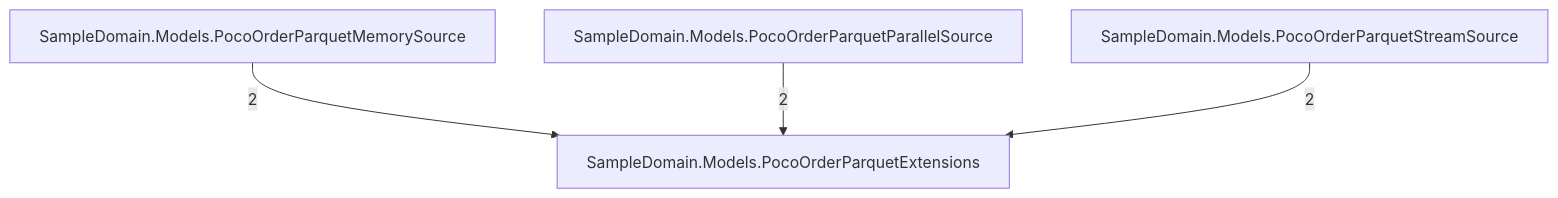
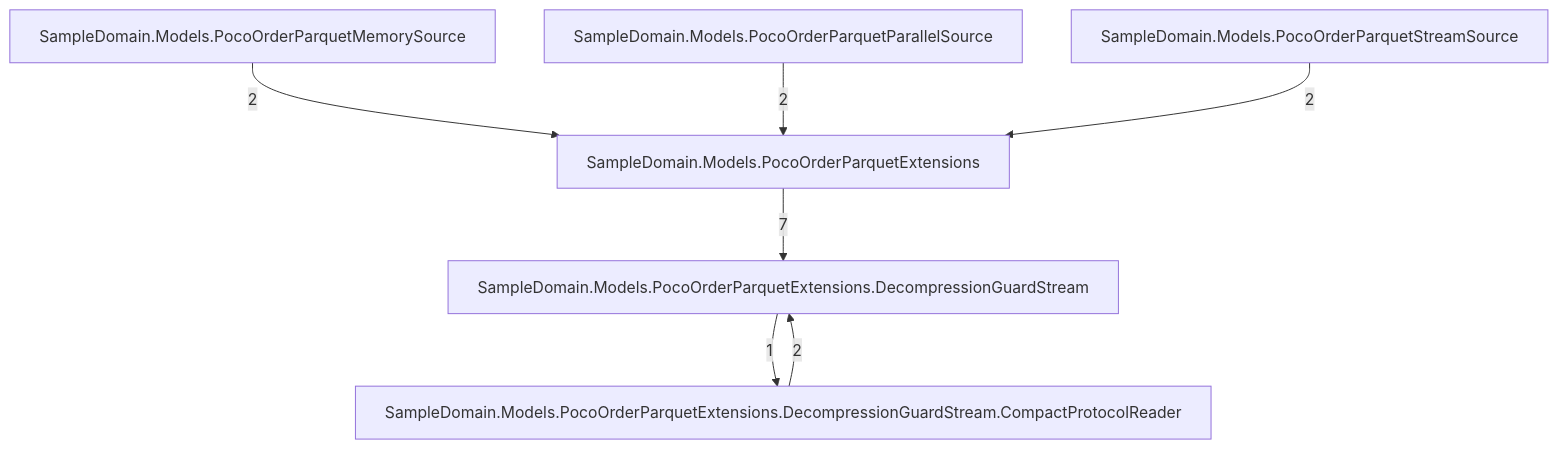
One commit to rtkelly13/Parquet.SourceGenerator changed the fifth of 7 diagrams in docs/callgraph-generated.md. Above: the diagram before and after it, drawn with Mermaid. The commit also changed other lines of this file and 11 other files, not shown here.

Commit message:
fix(safety): preserve structural gates for decompression guard

````diff
--- a/docs/callgraph-generated.md
+++ b/docs/callgraph-generated.md
@@ -60,10 +80,15 @@
 ```mermaid
 graph TD
     tsampledomainmodelspocoorderparquetextensions_046["SampleDomain.Models.PocoOrderParquetExtensions"]
+    tsampledomainmodelspocoorderparquetextensionsdecompressionguardstream_071["SampleDomain.Models.PocoOrderParquetExtensions.DecompressionGuardStream"]
+    tsampledomainmodelspocoorderparquetextensionsdecompressionguardstreamcompactprotocolreader_093["SampleDomain.Models.PocoOrderParquetExtensions.DecompressionGuardStream.CompactProtocolReader"]
     tsampledomainmodelspocoorderparquetmemorysource_048["SampleDomain.Models.PocoOrderParquetMemorySource"]
     tsampledomainmodelspocoorderparquetparallelsource_050["SampleDomain.Models.PocoOrderParquetParallelSource"]
     tsampledomainmodelspocoorderparquetstreamsource_048["SampleDomain.Models.PocoOrderParquetStreamSource"]
+    tsampledomainmodelspocoorderparquetextensionsdecompressionguardstreamcompactprotocolreader_093 -->|2| tsampledomainmodelspocoorderparquetextensionsdecompressionguardstream_071
+    tsampledomainmodelspocoorderparquetextensionsdecompressionguardstream_071 -->|1| tsampledomainmodelspocoorderparquetextensionsdecompressionguardstreamcompactprotocolreader_093
+    tsampledomainmodelspocoorderparquetextensions_046 -->|7| tsampledomainmodelspocoorderparquetextensionsdecompressionguardstream_071
     tsampledomainmodelspocoorderparquetmemorysource_048 -->|2| tsampledomainmodelspocoorderparquetextensions_046
     tsampledomainmodelspocoorderparquetparallelsource_050 -->|2| tsampledomainmodelspocoorderparquetextensions_046
     tsampledomainmodelspocoorderparquetstreamsource_048 -->|2| tsampledomainmodelspocoorderparquetextensions_046
 ```
````
